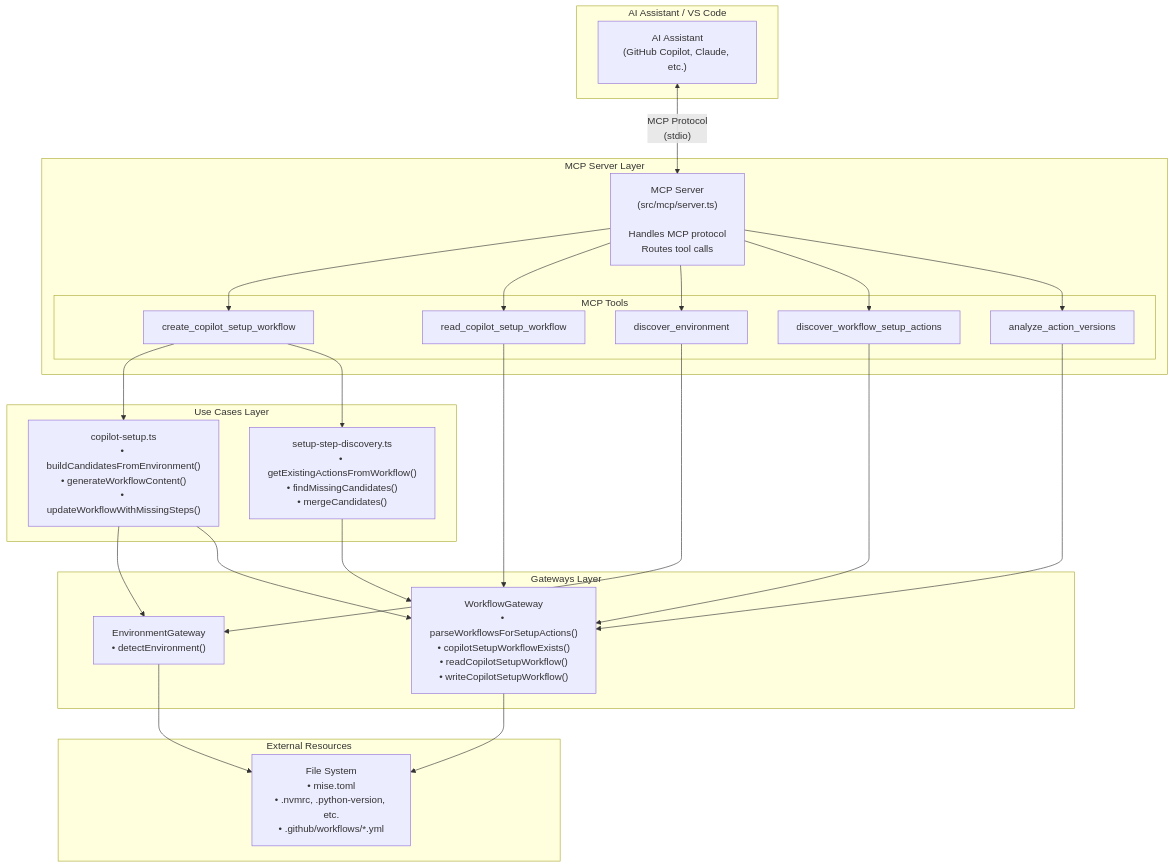
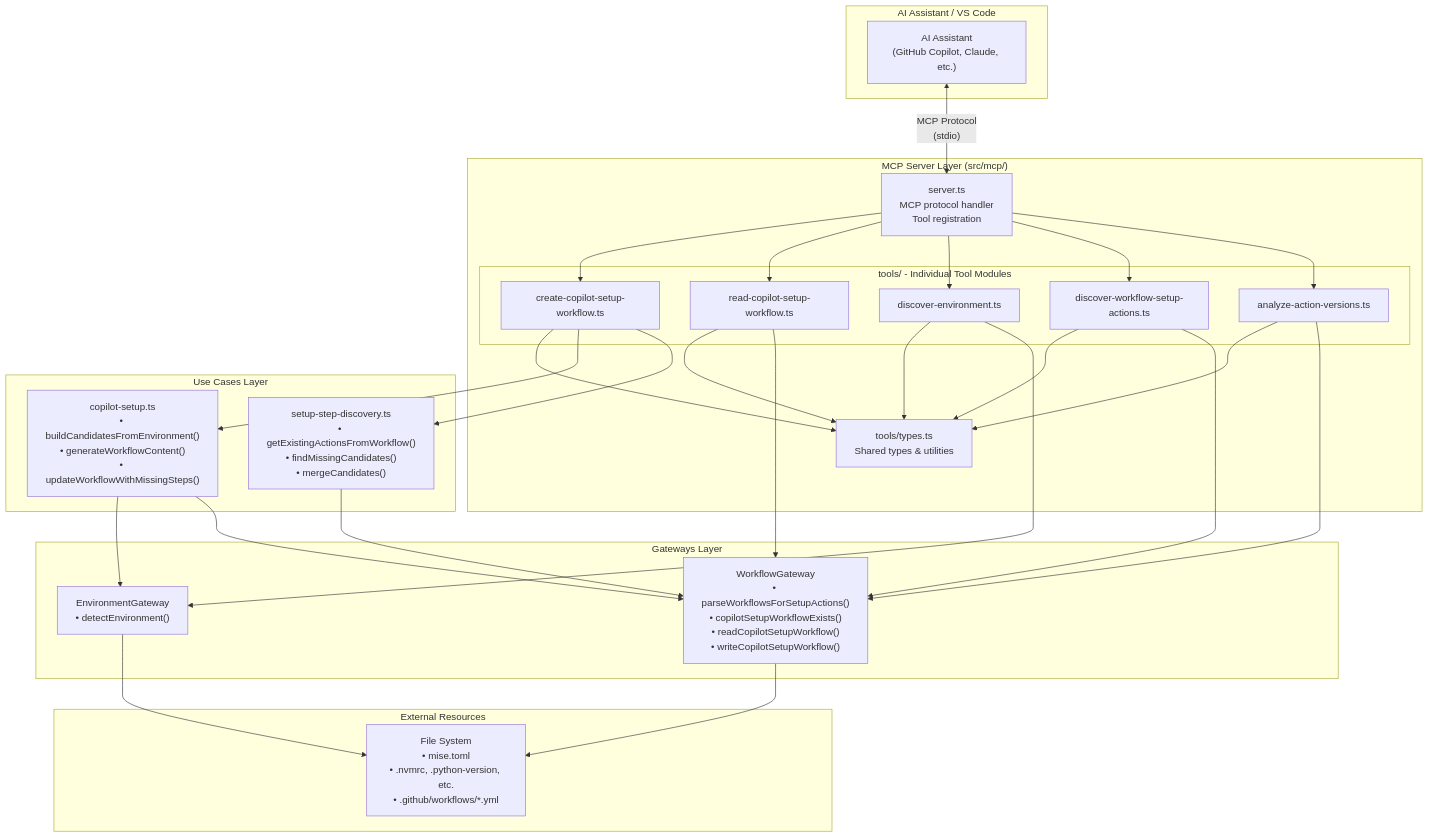
The first of 3 diagrams in .github/specs/mcp-server.spec.md (zpratt/lousy-agents), drawn with Mermaid before and after one commit. The commit also changed 10 other files, not shown here.

First line of the commit message:
Refactor MCP server to follow Clean Architecture

````diff
--- a/.github/specs/mcp-server.spec.md
+++ b/.github/specs/mcp-server.spec.md
@@ -252,53 +252,61 @@
 ```mermaid
 flowchart TB
     subgraph Client["AI Assistant / VS Code"]
         AI["AI Assistant<br/>(GitHub Copilot, Claude, etc.)"]
     end
 
-    subgraph MCP["MCP Server Layer"]
-        SERVER["MCP Server<br/>(src/mcp/server.ts)<br/><br/>Handles MCP protocol<br/>Routes tool calls"]
+    subgraph MCP["MCP Server Layer (src/mcp/)"]
+        SERVER["server.ts<br/>MCP protocol handler<br/>Tool registration"]
         
-        subgraph Tools["MCP Tools"]
-            T1["create_copilot_setup_workflow"]
-            T2["read_copilot_setup_workflow"]
-            T3["discover_environment"]
-            T4["discover_workflow_setup_actions"]
-            T5["analyze_action_versions"]
+        subgraph Tools["tools/ - Individual Tool Modules"]
+            T1["create-copilot-setup-workflow.ts"]
+            T2["read-copilot-setup-workflow.ts"]
+            T3["discover-environment.ts"]
+            T4["discover-workflow-setup-actions.ts"]
+            T5["analyze-action-versions.ts"]
         end
+
+        TYPES["tools/types.ts<br/>Shared types & utilities"]
     end
 
     subgraph UseCases["Use Cases Layer"]
         CS["copilot-setup.ts<br/>• buildCandidatesFromEnvironment()<br/>• generateWorkflowContent()<br/>• updateWorkflowWithMissingSteps()"]
         SSD["setup-step-discovery.ts<br/>• getExistingActionsFromWorkflow()<br/>• findMissingCandidates()<br/>• mergeCandidates()"]
     end
 
     subgraph Gateways["Gateways Layer"]
         EG["EnvironmentGateway<br/>• detectEnvironment()"]
         WG["WorkflowGateway<br/>• parseWorkflowsForSetupActions()<br/>• copilotSetupWorkflowExists()<br/>• readCopilotSetupWorkflow()<br/>• writeCopilotSetupWorkflow()"]
     end
 
     subgraph External["External Resources"]
         FS["File System<br/>• mise.toml<br/>• .nvmrc, .python-version, etc.<br/>• .github/workflows/*.yml"]
     end
 
     AI <-->|"MCP Protocol<br/>(stdio)"| SERVER
     SERVER --> T1
     SERVER --> T2
     SERVER --> T3
     SERVER --> T4
     SERVER --> T5
     
+    T1 --> TYPES
+    T2 --> TYPES
+    T3 --> TYPES
+    T4 --> TYPES
+    T5 --> TYPES
+    
     T1 --> CS
     T1 --> SSD
     T2 --> WG
     T3 --> EG
     T4 --> WG
     T5 --> WG
     
     CS --> EG
     CS --> WG
     SSD --> WG
     
     EG --> FS
     WG --> FS
 ```
````
